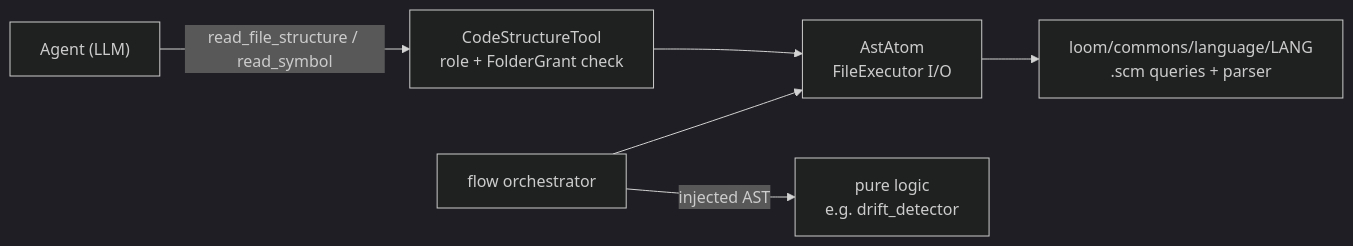
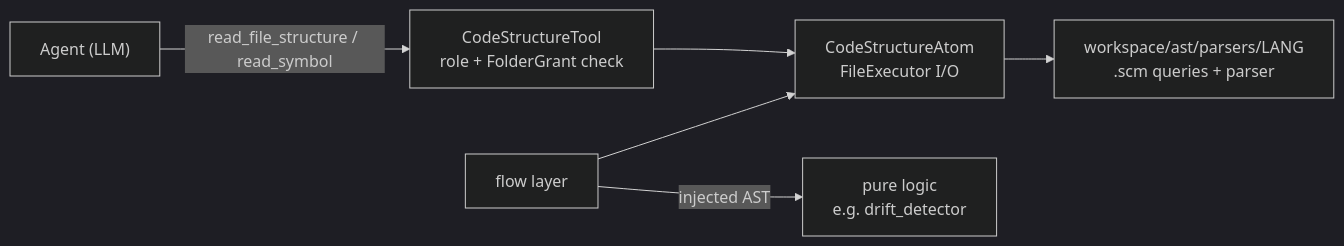
One commit to sbula/specweaver changed the diagram in docs/roadmap/features/topic_02_sensors/D-SENS-02/D-SENS-02_design.md. Above: the diagram before and after it, drawn with Mermaid (dark theme). The commit also changed other lines of this file and 31 other files, not shown here.

````diff
--- a/docs/roadmap/features/topic_02_sensors/D-SENS-02/D-SENS-02_design.md
+++ b/docs/roadmap/features/topic_02_sensors/D-SENS-02/D-SENS-02_design.md
@@ -38,8 +38,8 @@
 ```mermaid
 graph LR
     A["Agent (LLM)"] -->|"read_file_structure / read_symbol"| T["CodeStructureTool<br/>role + FolderGrant check"]
-    T --> AT["AstAtom<br/>FileExecutor I/O"]
-    F["flow orchestrator"] --> AT
-    AT --> L["loom/commons/language/LANG<br/>.scm queries + parser"]
+    T --> AT["CodeStructureAtom<br/>FileExecutor I/O"]
+    F["flow layer"] --> AT
+    AT --> L["workspace/ast/parsers/LANG<br/>.scm queries + parser"]
     F -->|"injected AST"| P["pure logic<br/>e.g. drift_detector"]
 ```
````
